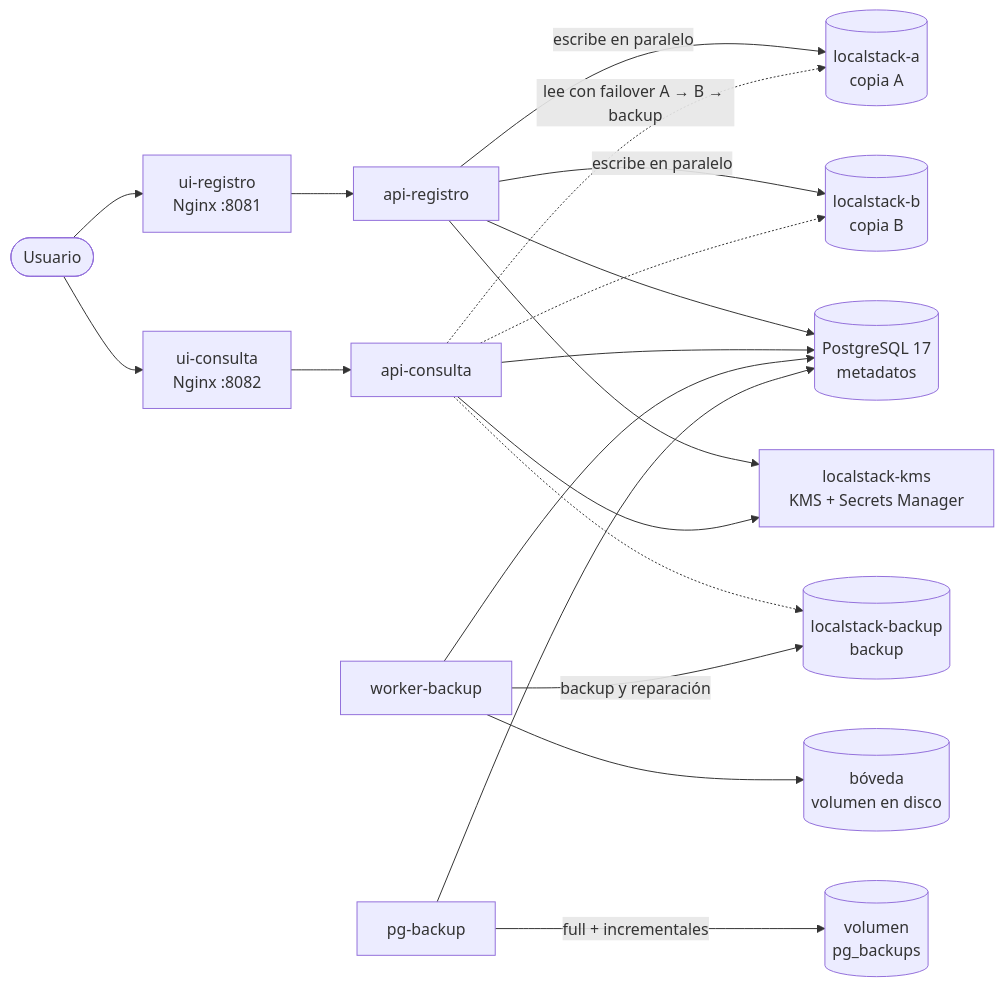
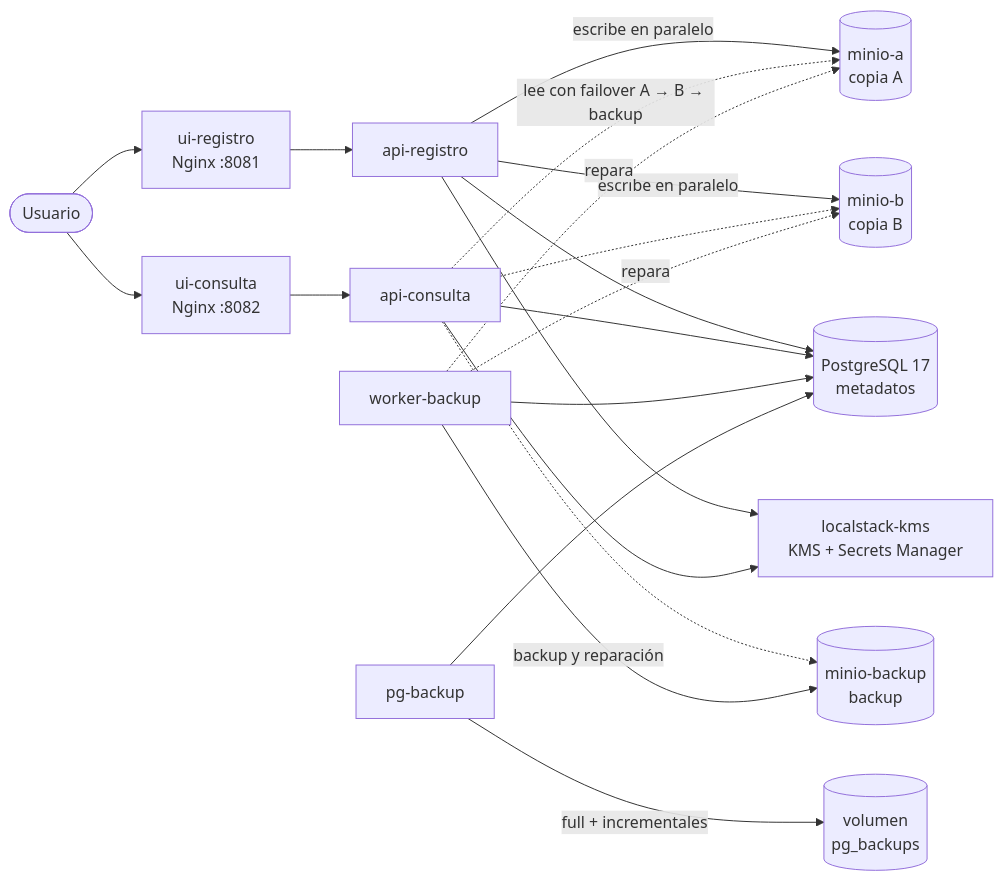
One commit to amaurys30/Pepicloud changed the diagram in README.md. Above: the diagram before and after it, drawn with Mermaid. The commit also changed other lines of this file, not shown here.

````diff
--- a/README.md
+++ b/README.md
@@ -27,24 +27,25 @@
 ```mermaid
 flowchart LR
     U([Usuario]) --> UR["ui-registro<br/>Nginx :8081"]
     U --> UC["ui-consulta<br/>Nginx :8082"]
     UR --> AR[api-registro]
     UC --> AC[api-consulta]
 
-    AR -- "escribe en paralelo" --> A[("localstack-a<br/>copia A")]
-    AR -- "escribe en paralelo" --> B[("localstack-b<br/>copia B")]
+    AR -- "escribe en paralelo" --> A[("minio-a<br/>copia A")]
+    AR -- "escribe en paralelo" --> B[("minio-b<br/>copia B")]
     AC -. "lee con failover A → B → backup" .-> A
     AC -.-> B
-    AC -.-> BK[("localstack-backup<br/>backup")]
+    AC -.-> BK[("minio-backup<br/>backup")]
 
     W[worker-backup] -- "backup y reparación" --> BK
-    W --> V[("bóveda<br/>volumen en disco")]
+    W -. "repara" .-> A
+    W -. "repara" .-> B
 
     AR --> PG[("PostgreSQL 17<br/>metadatos")]
     AC --> PG
     W --> PG
     AR --> KMS["localstack-kms<br/>KMS + Secrets Manager"]
     AC --> KMS
     PGB[pg-backup] -- "full + incrementales" --> PGV[("volumen<br/>pg_backups")]
     PGB --> PG
 ```
````
